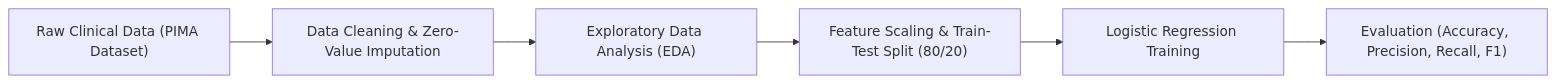
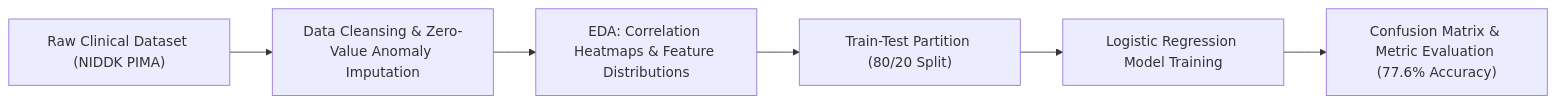
Before and after one commit to prakruthidevanga/PIMA-Indians-Diabetes-Logistic-Regression-: the diagram in README.md, drawn with Mermaid. The commit also changed other lines of this file, not shown here.

````diff
--- a/README.md
+++ b/README.md
@@ -20,8 +79,8 @@
 ```mermaid
 flowchart LR
-    A["Raw Clinical Data (PIMA Dataset)"] --> B["Data Cleaning & Zero-Value Imputation"]
-    B --> C["Exploratory Data Analysis (EDA)"]
-    C --> D["Feature Scaling & Train-Test Split (80/20)"]
-    D --> E["Logistic Regression Training"]
-    E --> F["Evaluation (Accuracy, Precision, Recall, F1)"]
+    A["Raw Clinical Dataset (NIDDK PIMA)"] --> B["Data Cleansing & Zero-Value Anomaly Imputation"]
+    B --> C["EDA: Correlation Heatmaps & Feature Distributions"]
+    C --> D["Train-Test Partition (80/20 Split)"]
+    D --> E["Logistic Regression Model Training"]
+    E --> F["Confusion Matrix & Metric Evaluation (77.6% Accuracy)"]
 ```
````
